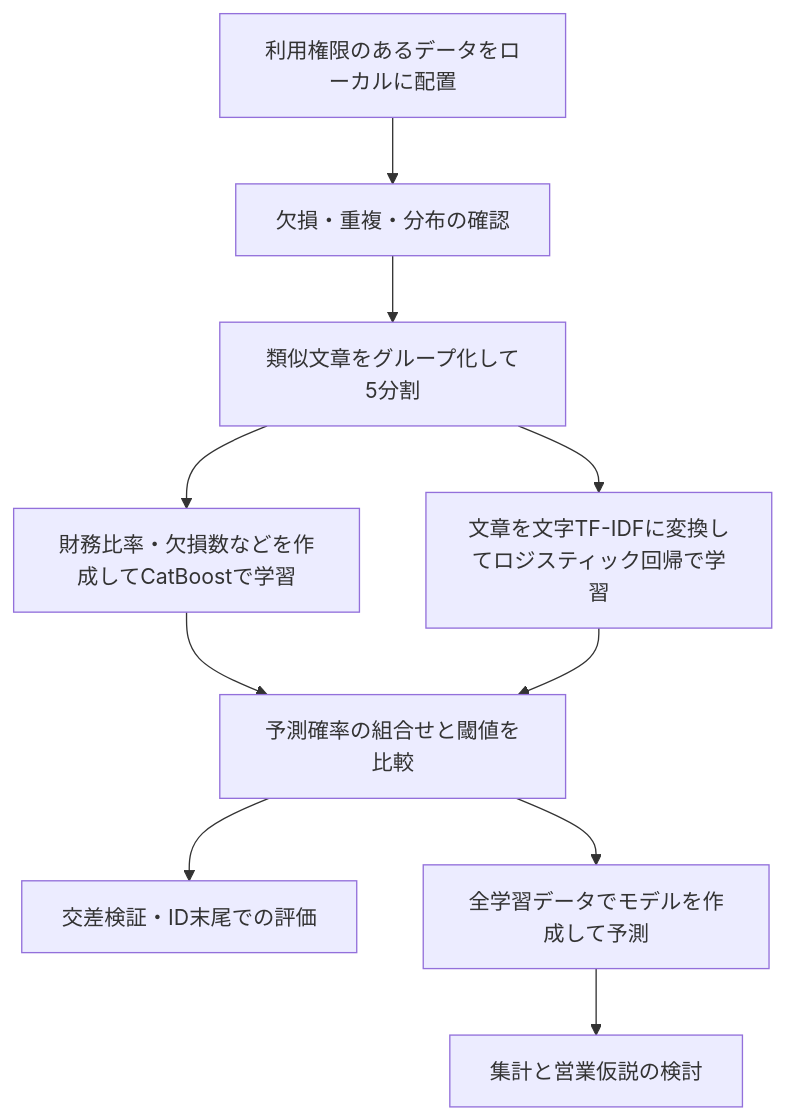
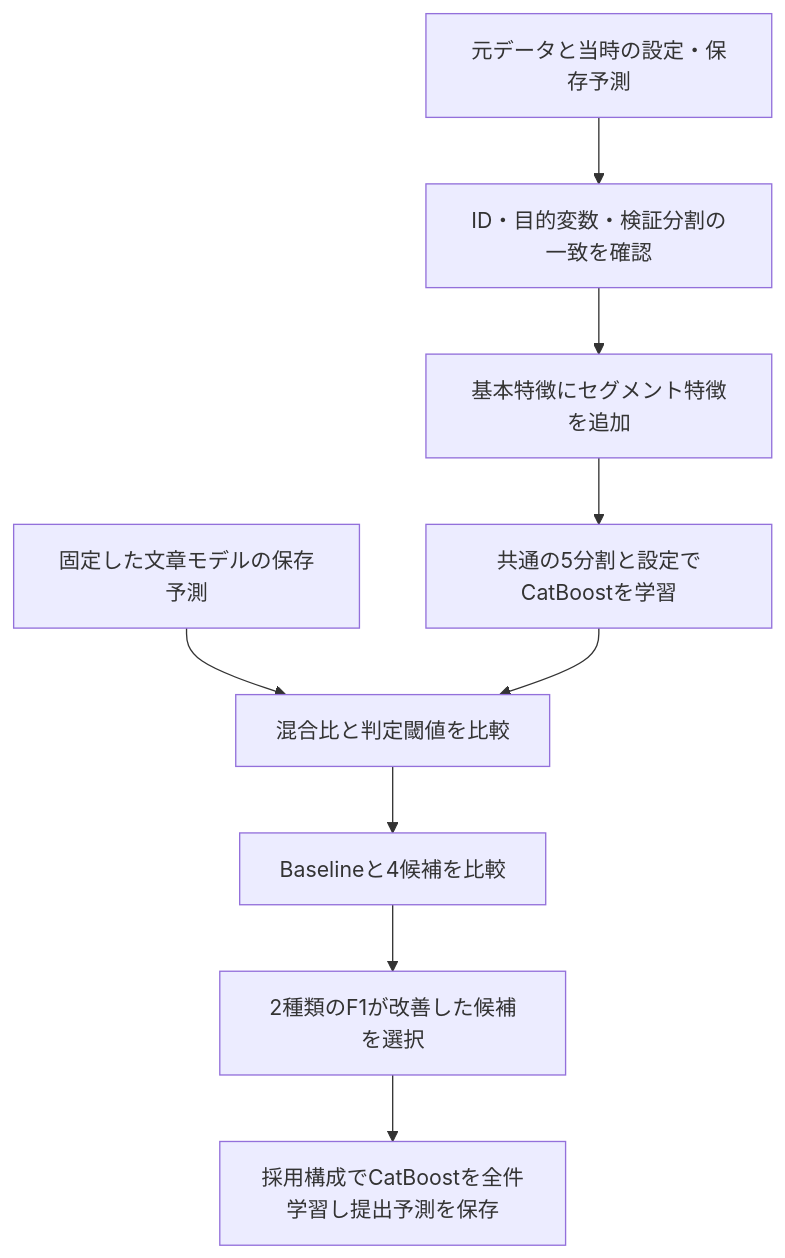
One commit to Shogo-JMRSL/SIGNATE-_TECH_OCEAN_Student_Cup_2026_code changed the diagram in README.md. Above: the diagram before and after it, drawn with Mermaid. The commit also changed other lines of this file and 1 other file, not shown here.

````diff
--- a/README.md
+++ b/README.md
@@ -25,12 +23,11 @@
 ```mermaid
 flowchart TD
-    A[利用権限のあるデータをローカルに配置] --> B[欠損・重複・分布の確認]
-    B --> C[類似文章をグループ化して5分割]
-    C --> D[財務比率・欠損数などを作成してCatBoostで学習]
-    C --> E[文章を文字TF-IDFに変換してロジスティック回帰で学習]
-    D --> F[予測確率の組合せと閾値を比較]
-    E --> F
-    F --> G[交差検証・ID末尾での評価]
-    F --> H[全学習データでモデルを作成して予測]
-    H --> I[集計と営業仮説の検討]
+    A[元データと当時の設定・保存予測] --> B[ID・目的変数・検証分割の一致を確認]
+    B --> C[基本特徴にセグメント特徴を追加]
+    C --> D[共通の5分割と設定でCatBoostを学習]
+    E[固定した文章モデルの保存予測] --> F[混合比と判定閾値を比較]
+    D --> F
+    F --> G[Baselineと4候補を比較]
+    G --> H[2種類のF1が改善した候補を選択]
+    H --> I[採用構成でCatBoostを全件学習し提出予測を保存]
 ```
````
